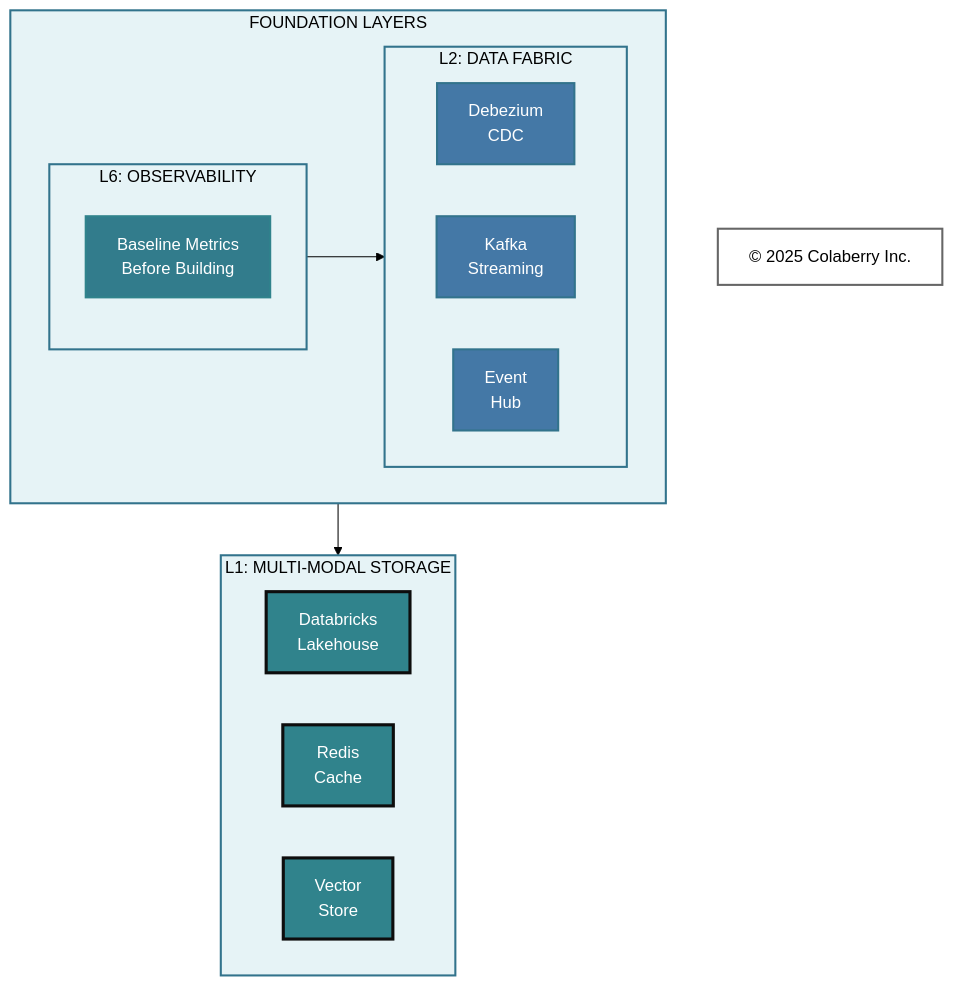
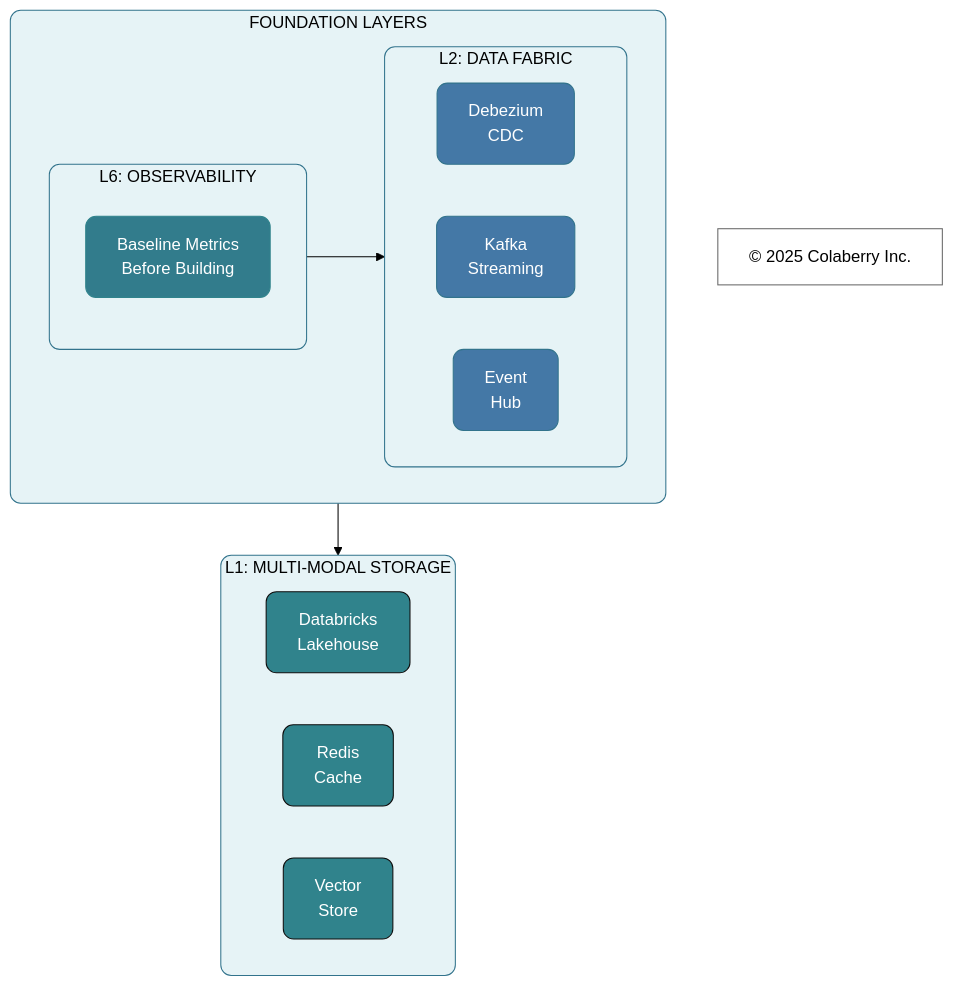
Before and after one commit to colaberry/trust-before-intelligence-book: the fourth of 7 diagrams in manuscript/11_chapter_10_week_by_week_implementation.md, drawn with Mermaid (forest theme). The commit also changed other lines of this file and 12 other files, not shown here.

````diff
--- a/manuscript/11_chapter_10_week_by_week_implementation.md
+++ b/manuscript/11_chapter_10_week_by_week_implementation.md
@@ -357,44 +357,44 @@
 ```mermaid
 
 
 graph TB
     subgraph FOUNDATION["FOUNDATION LAYERS"]
         direction LR
         subgraph OBS["L6: OBSERVABILITY"]
             O1["Baseline Metrics<br/>Before Building"]
         end
         
         subgraph FABRIC["L2: DATA FABRIC"]
             direction LR
             F1["Debezium<br/>CDC"]
             F2["Kafka<br/>Streaming"]
             F3["Event<br/>Hub"]
         end
     end
     
     subgraph STORAGE["L1: MULTI-MODAL STORAGE"]
         direction LR
         S1["Databricks<br/>Lakehouse"]
         S2["Redis<br/>Cache"]
         S3["Vector<br/>Store"]
     end
     
     Copyright["© 2025 Colaberry Inc."]
     
     OBS --> FABRIC
     FOUNDATION --> STORAGE
     
-    style FOUNDATION fill:#E6F3F6,stroke:#32738C,stroke-width:2px,color:#000000
-    style OBS fill:#E6F3F6,stroke:#32738C,stroke-width:2px,color:#000000
-    style FABRIC fill:#E6F3F6,stroke:#32738C,stroke-width:2px,color:#000000
-    style STORAGE fill:#E6F3F6,stroke:#32738C,stroke-width:2px,color:#000000
-    style O1 fill:#327C8C,stroke:#30838C,stroke-width:2px,color:#ffffff
-    style F1 fill:#4478A6,stroke:#32738C,stroke-width:2px,color:#ffffff
-    style F2 fill:#4478A6,stroke:#32738C,stroke-width:2px,color:#ffffff
-    style F3 fill:#4478A6,stroke:#32738C,stroke-width:2px,color:#ffffff
-    style S1 fill:#30838C,stroke:#0D0D0D,stroke-width:3px,color:#ffffff
-    style S2 fill:#30838C,stroke:#0D0D0D,stroke-width:3px,color:#ffffff
-    style S3 fill:#30838C,stroke:#0D0D0D,stroke-width:3px,color:#ffffff
-    style Copyright fill:#ffffff,stroke:#666666,stroke-width:2px,color:#000000
+    style FOUNDATION fill:#E6F3F6,stroke:#32738C,stroke-width:1px,color:#000000,rx:10,ry:10
+    style OBS fill:#E6F3F6,stroke:#32738C,stroke-width:1px,color:#000000,rx:10,ry:10
+    style FABRIC fill:#E6F3F6,stroke:#32738C,stroke-width:1px,color:#000000,rx:10,ry:10
+    style STORAGE fill:#E6F3F6,stroke:#32738C,stroke-width:1px,color:#000000,rx:10,ry:10
+    style O1 fill:#327C8C,stroke:#30838C,stroke-width:1px,color:#ffffff,rx:10,ry:10
+    style F1 fill:#4478A6,stroke:#32738C,stroke-width:1px,color:#ffffff,rx:10,ry:10
+    style F2 fill:#4478A6,stroke:#32738C,stroke-width:1px,color:#ffffff,rx:10,ry:10
+    style F3 fill:#4478A6,stroke:#32738C,stroke-width:1px,color:#ffffff,rx:10,ry:10
+    style S1 fill:#30838C,stroke:#0D0D0D,stroke-width:1px,color:#ffffff,rx:10,ry:10
+    style S2 fill:#30838C,stroke:#0D0D0D,stroke-width:1px,color:#ffffff,rx:10,ry:10
+    style S3 fill:#30838C,stroke:#0D0D0D,stroke-width:1px,color:#ffffff,rx:10,ry:10
+    style Copyright fill:none,stroke:#666666,stroke-width:1px,color:#000000
 
 ```
````
